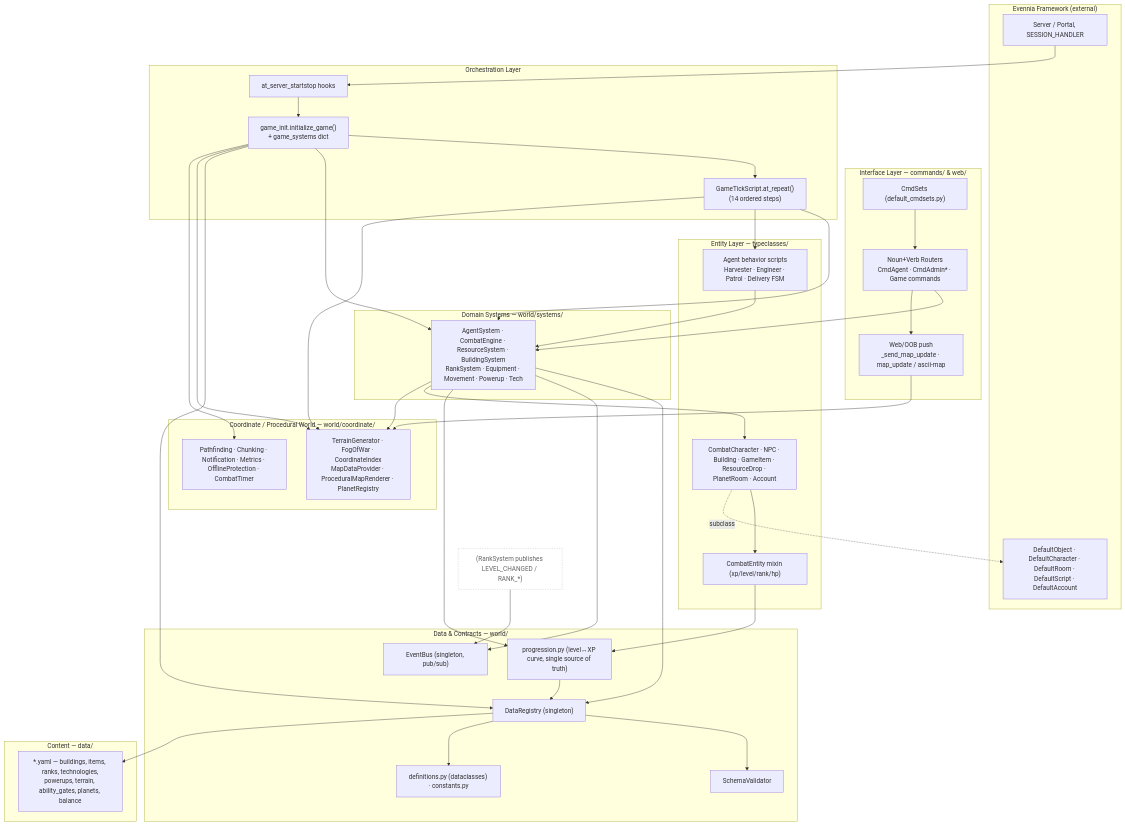
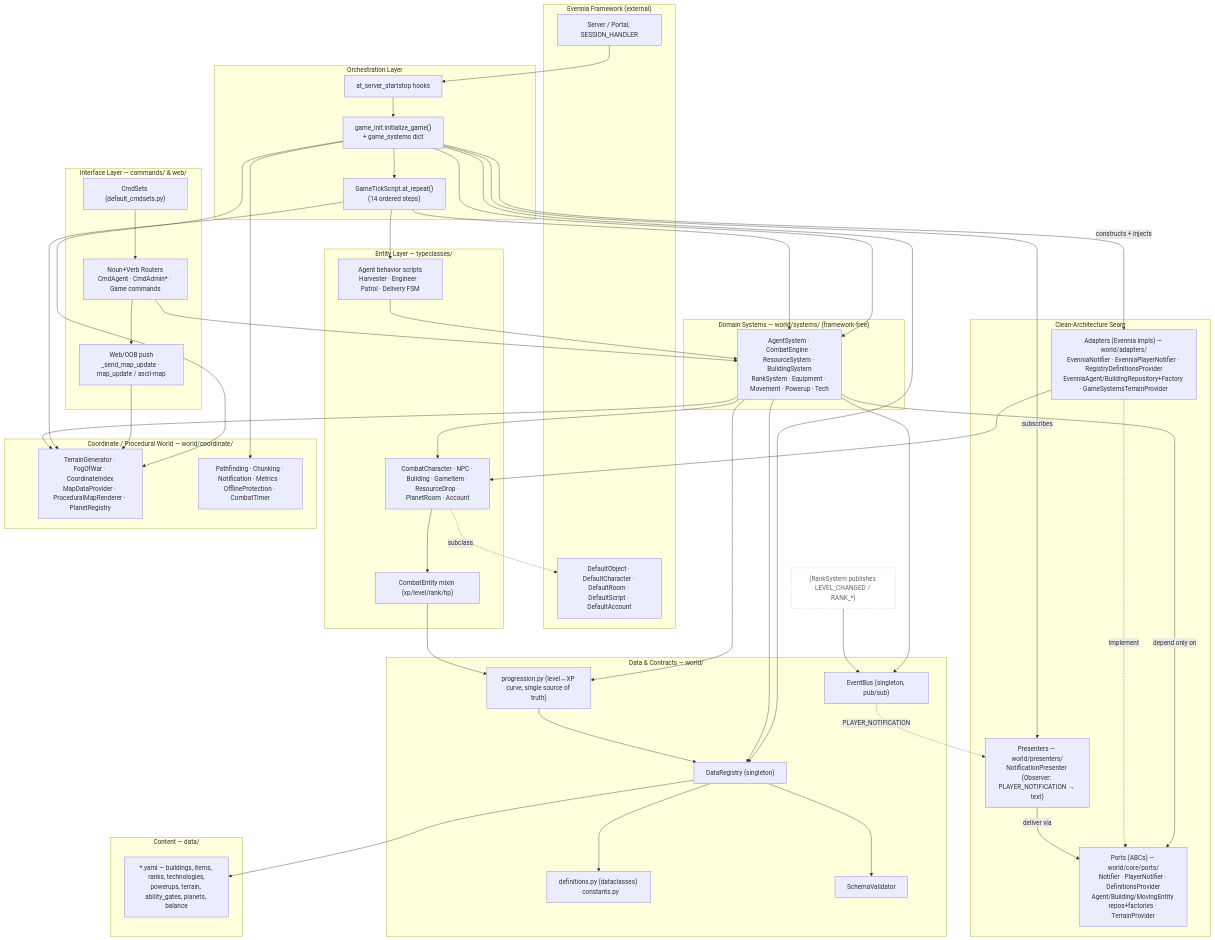
The first of 12 diagrams in mygame/ARCHITECTURE.md (victorkhou/ProjectV), drawn with Mermaid before and after one commit. The commit also changed other lines of this file and 2 other files, not shown here.

First line of the commit message:
docs(arch): document ports/adapters/presenters seam and DI pass

```diff
--- a/mygame/ARCHITECTURE.md
+++ b/mygame/ARCHITECTURE.md
@@ -47,8 +52,14 @@
         AScripts["Agent behavior scripts<br/>Harvester · Engineer · Patrol · Delivery FSM"]
     end
 
-    subgraph L4["Domain Systems — world/systems/"]
+    subgraph L4["Domain Systems — world/systems/ (framework‑free)"]
         Systems["AgentSystem · CombatEngine · ResourceSystem · BuildingSystem<br/>RankSystem · Equipment · Movement · Powerup · Tech"]
+    end
+
+    subgraph L4b["Clean‑Architecture Seam"]
+        Ports["Ports (ABCs) — world/core/ports/<br/>Notifier · PlayerNotifier · DefinitionsProvider<br/>Agent/Building/MovingEntity repos+factories · TerrainProvider"]
+        Adapters["Adapters (Evennia impls) — world/adapters/<br/>EvenniaNotifier · EvenniaPlayerNotifier · RegistryDefinitionsProvider<br/>EvenniaAgent/BuildingRepository+Factory · GameSystemsTerrainProvider"]
+        Presenters["Presenters — world/presenters/<br/>NotificationPresenter (Observer: PLAYER_NOTIFICATION → text)"]
     end
 
     subgraph L3["Coordinate / Procedural World — world/coordinate/"]
@@ -75,6 +86,8 @@
     Boot --> Registry
     Boot --> Coord
     Boot --> Support
+    Boot -->|constructs + injects| Adapters
+    Boot -->|subscribes| Presenters
 
     CmdSets --> Routers --> Systems
     Routers --> OOB
@@ -89,6 +102,11 @@
     Systems --> Progression
     Systems --> Entities
     Systems --> Coord
+    Systems -->|depend only on| Ports
+    Adapters -.implement.-> Ports
+    Adapters --> Entities
+    Bus -.PLAYER_NOTIFICATION.-> Presenters
+    Presenters -->|deliver via| Ports
 
     Entities --> Mixin
     Entities -.->|subclass| EVBase
```
